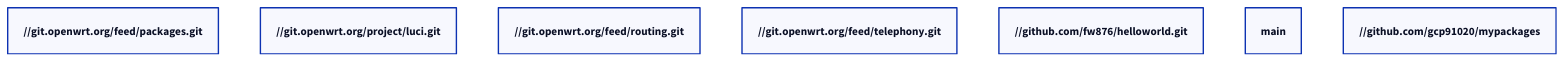
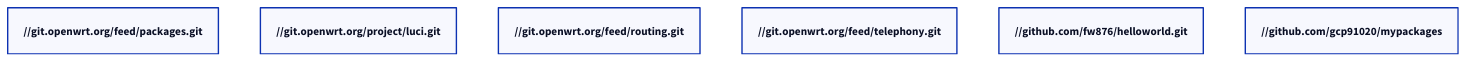
Before and after one commit to gcp91020/myRouters: the diagram in feeds.conf.d2, drawn with D2.

```diff
--- a/feeds.conf.d2
+++ b/feeds.conf.d2
@@ -1,13 +1,13 @@
 src-git packages https://git.openwrt.org/feed/packages.git
 src-git luci https://git.openwrt.org/project/luci.git
 src-git routing https://git.openwrt.org/feed/routing.git
 src-git telephony https://git.openwrt.org/feed/telephony.git
-src-git helloworld https://github.com/fw876/helloworld.git;main
+src-git helloworld https://github.com/fw876/helloworld.git
 src-git mypackage https://github.com/gcp91020/mypackages
 
 #src-git helloworld https://github.com/gcp91020/helloworld
 #src-git helloworld https://github.com/fw876/helloworld
 #src-git video https://github.com/openwrt/video.git
 #src-git targets https://github.com/openwrt/targets.git
 #src-git oldpackages http://git.openwrt.org/packages.git
 #src-link custom /usr/src/openwrt/custom-feed
```
